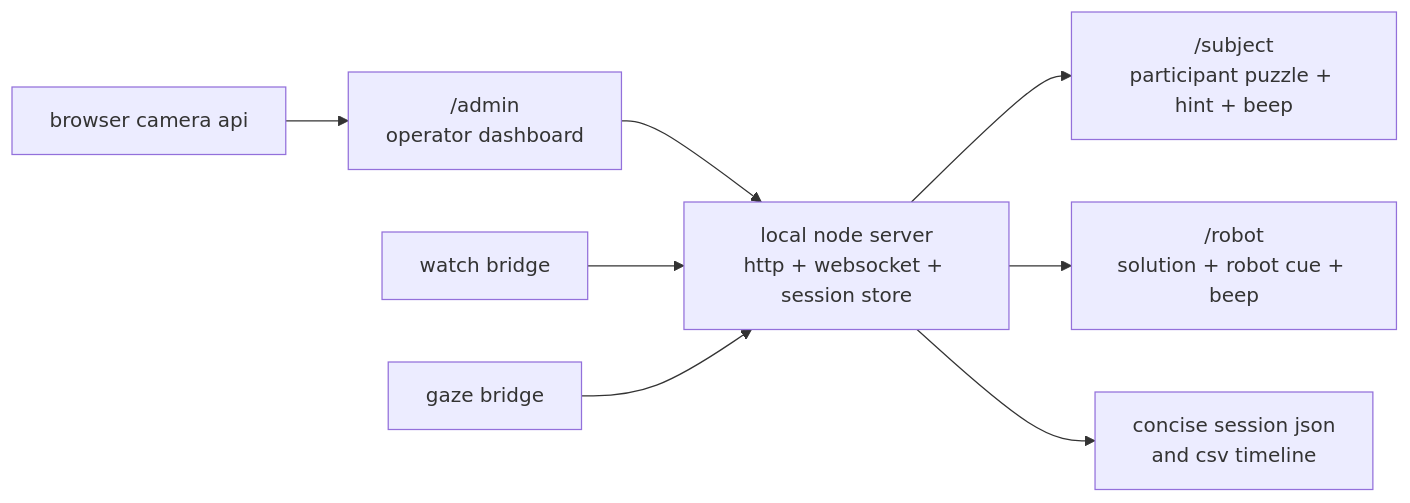
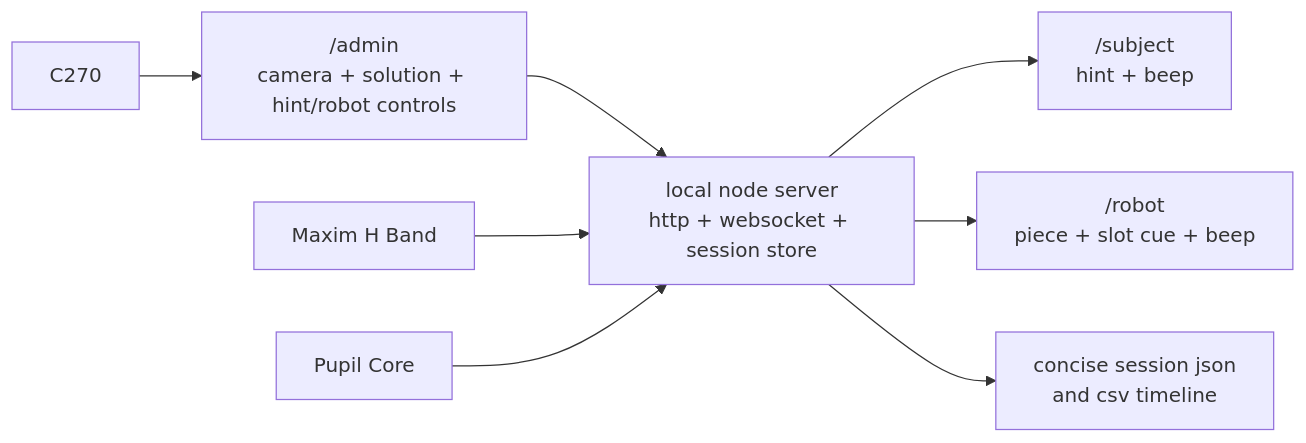
One commit to shrijacked/wizard-of-oz-control-app changed the first of 3 diagrams in docs/architecture.md. Above: the diagram before and after it, drawn with Mermaid. The commit also changed other lines of this file and 4 other files, not shown here.

````diff
--- a/docs/architecture.md
+++ b/docs/architecture.md
@@ -7,10 +7,10 @@
 ```mermaid
 flowchart LR
-    admin["/admin<br/>operator dashboard"] --> server["local node server<br/>http + websocket + session store"]
-    server --> subject["/subject<br/>participant puzzle + hint + beep"]
-    server --> robot["/robot<br/>solution + robot cue + beep"]
-    watch["watch bridge"] --> server
-    gaze["gaze bridge"] --> server
-    camera["browser camera api"] --> admin
+    admin["/admin<br/>camera + solution + hint/robot controls"] --> server["local node server<br/>http + websocket + session store"]
+    server --> subject["/subject<br/>hint + beep"]
+    server --> robot["/robot<br/>piece + slot cue + beep"]
+    watch["Maxim H Band"] --> server
+    gaze["Pupil Core"] --> server
+    camera["C270"] --> admin
     server --> export["concise session json<br/>and csv timeline"]
 ```
````
